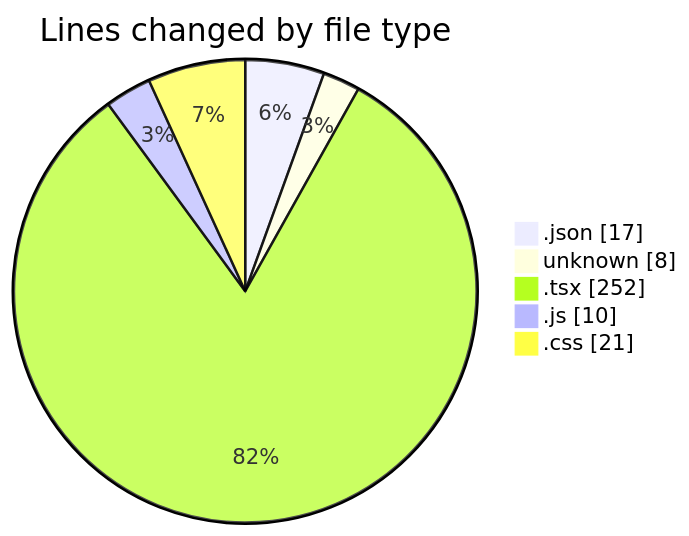
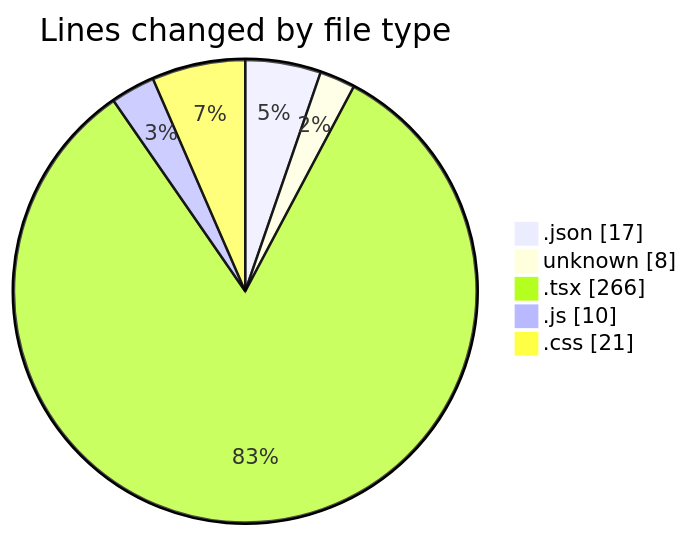
Before and after one commit to Elitesun/code-tracking: the first of 2 diagrams in 2025-05-02/niten/README.md, drawn with Mermaid. The commit also changed other lines of this file and 1 other file, not shown here.

````diff
--- a/2025-05-02/niten/README.md
+++ b/2025-05-02/niten/README.md
@@ -28,9 +28,9 @@
 ```mermaid
 pie showData
 title Lines changed by file type
 ".json" : 17
 "unknown" : 8
-".tsx" : 252
+".tsx" : 266
 ".js" : 10
 ".css" : 21
 ```
````
